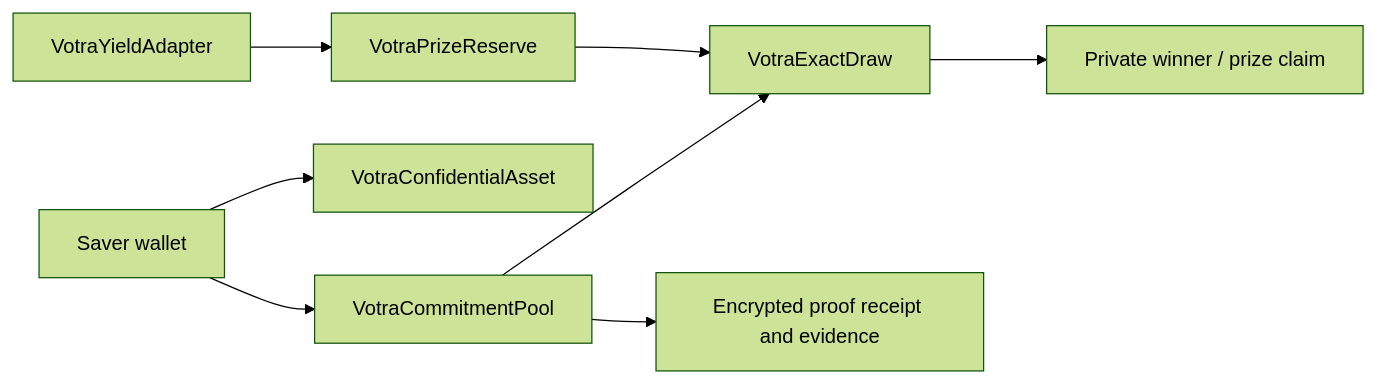
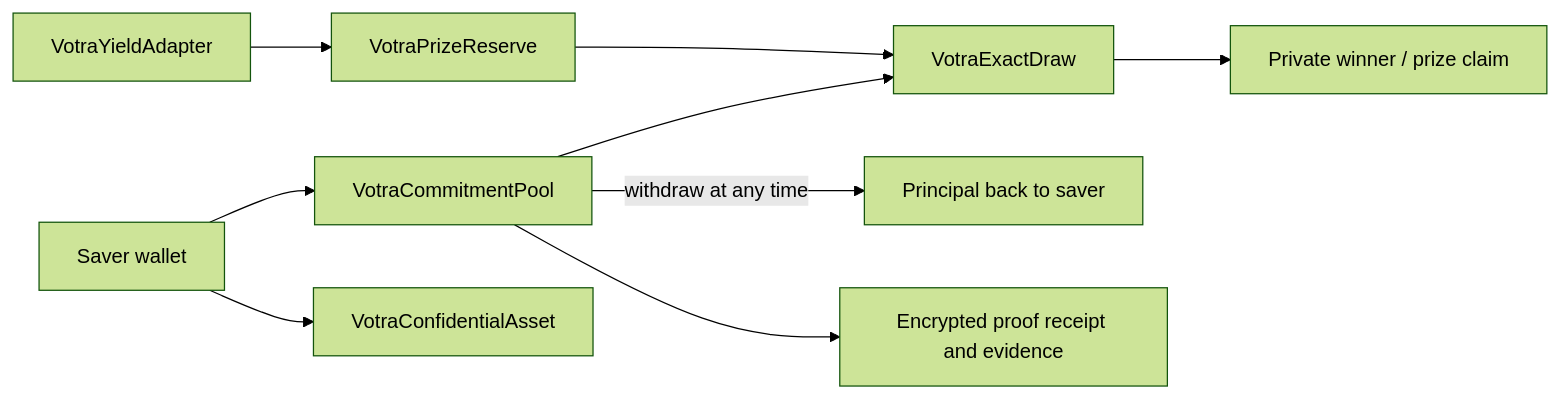
One commit to 0xkinno/votra changed the diagram in ARCHITECTURE.md. Above: the diagram before and after it, drawn with Mermaid (forest theme). The commit also changed other lines of this file and 10 other files, not shown here.

````diff
--- a/ARCHITECTURE.md
+++ b/ARCHITECTURE.md
@@ -3,10 +3,11 @@
 ```mermaid
 flowchart LR
   U[Saver wallet] --> P[VotraCommitmentPool]
   U --> A[VotraConfidentialAsset]
   P --> D[VotraExactDraw]
   Y[VotraYieldAdapter] --> R[VotraPrizeReserve]
   R --> D
   D --> W[Private winner / prize claim]
+  P -->|withdraw at any time| S[Principal back to saver]
   P --> E[Encrypted proof receipt and evidence]
 ```
````
